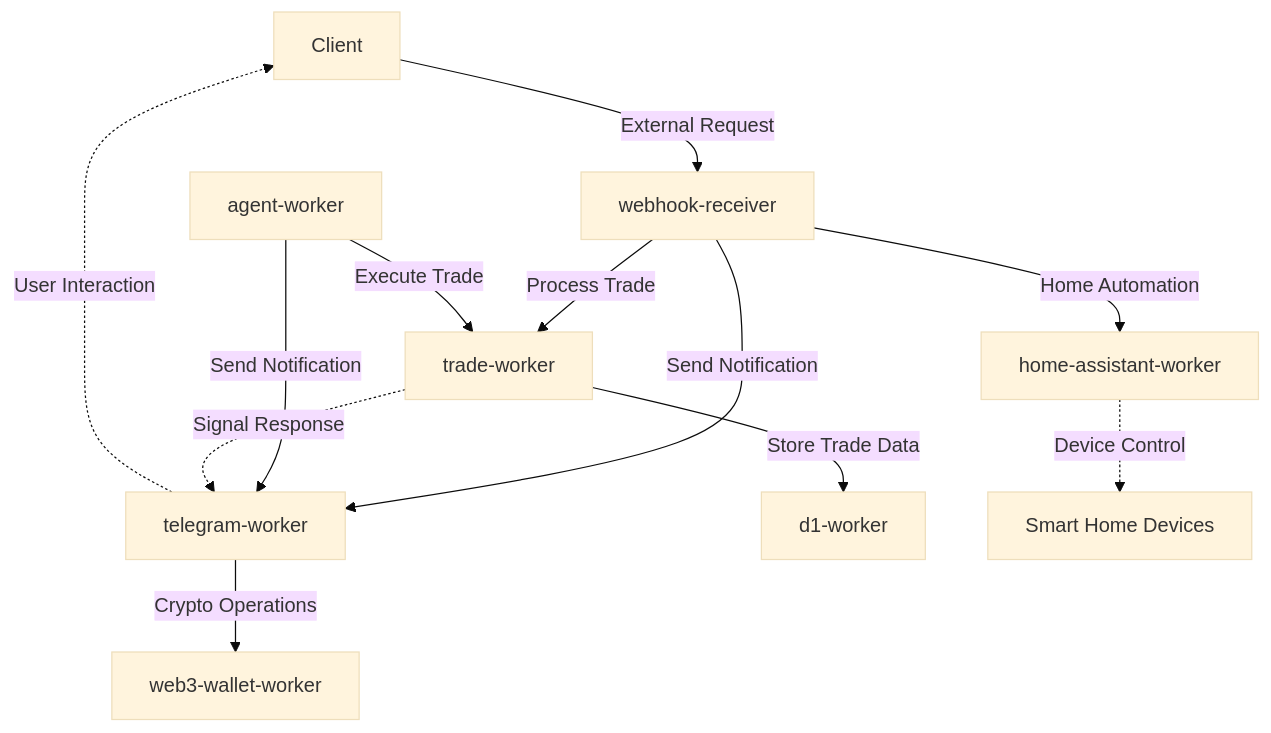
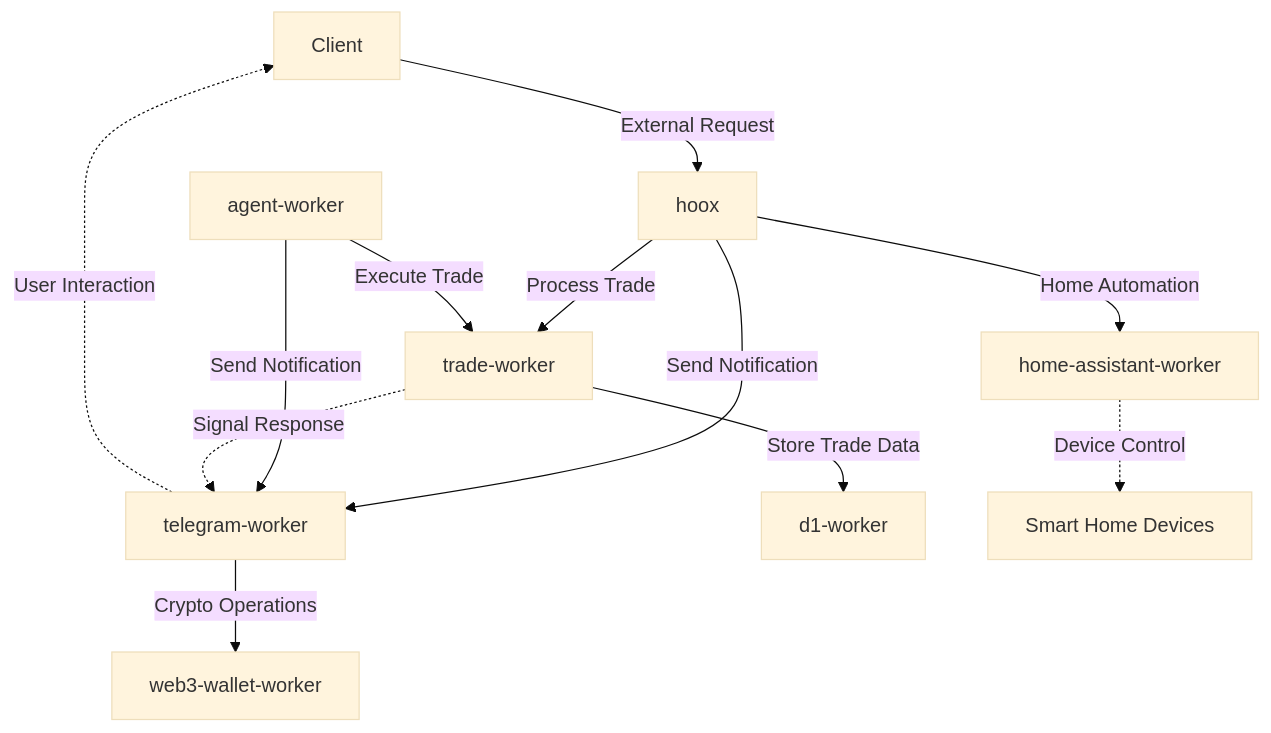
Before and after one commit to jango-blockchained/hoox-setup: the diagram in docs/ENDPOINTS.md, drawn with Mermaid (base theme). The commit also changed other lines of this file and 8 other files, not shown here.

First line of the commit message:
Refactor webhook-receiver to hoox and update related configurations

````diff
--- a/docs/ENDPOINTS.md
+++ b/docs/ENDPOINTS.md
@@ -9,24 +9,24 @@
 ```mermaid
 graph TD
-    Client[Client] -->|External Request| WH[webhook-receiver]
+    Client[Client] -->|External Request| WH[hoox]
     
-    %% webhook-receiver connections
+    %% hoox connections
     WH -->|Process Trade| TR[trade-worker]
     WH -->|Send Notification| TG[telegram-worker]
     WH -->|Home Automation| HA[home-assistant-worker]
     
     %% telegram-worker connections
     TG -->|Crypto Operations| W3[web3-wallet-worker]
     
     %% trade-worker connections
     TR -->|Store Trade Data| D1[d1-worker]
     
     %% agent-worker connections
     AG[agent-worker] -->|Execute Trade| TR
     AG -->|Send Notification| TG
     
     %% Service flow examples
     TG -.->|User Interaction| Client
     TR -.->|Signal Response| TG
     HA -.->|Device Control| SmartHome[Smart Home Devices]
 ```
````
